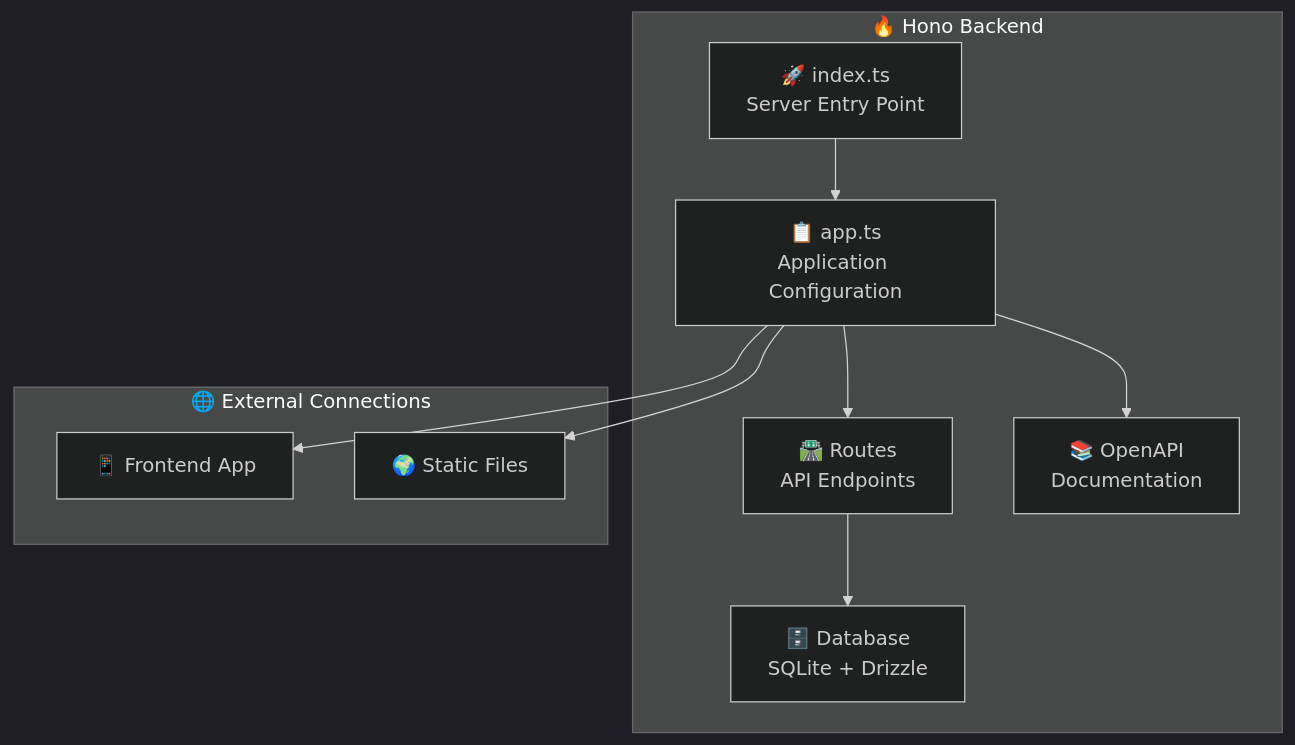
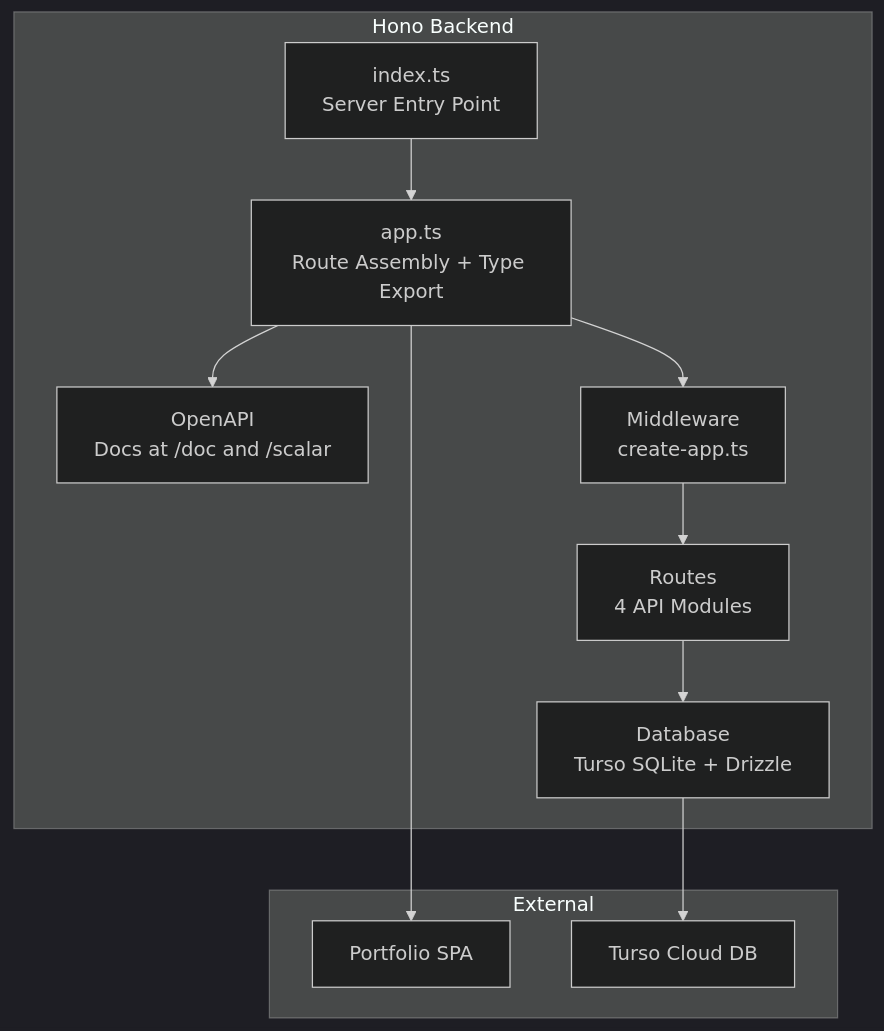
One commit to IsaiaScope/monorepoonfire changed the first of 3 diagrams in doc/backend-guide.md. Above: the diagram before and after it, drawn with Mermaid (dark theme). The commit also changed other lines of this file and 13 other files, not shown here.

````diff
--- a/doc/backend-guide.md
+++ b/doc/backend-guide.md
@@ -9,22 +9,24 @@
 ```mermaid
 graph TB
-    subgraph "🔥 Hono Backend"
-        A[🚀 index.ts<br/>Server Entry Point]
-        B[📋 app.ts<br/>Application Configuration]
-        C[🛣️ Routes<br/>API Endpoints]
-        D[🗄️ Database<br/>SQLite + Drizzle]
-        E[📚 OpenAPI<br/>Documentation]
+    subgraph "Hono Backend"
+        A[index.ts<br/>Server Entry Point]
+        B[app.ts<br/>Route Assembly + Type Export]
+        C[Routes<br/>4 API Modules]
+        D[Database<br/>Turso SQLite + Drizzle]
+        E[OpenAPI<br/>Docs at /doc and /scalar]
+        MW[Middleware<br/>create-app.ts]
     end
 
-    subgraph "🌐 External Connections"
-        F[📱 Frontend App]
-        G[🌍 Static Files]
+    subgraph "External"
+        F[Portfolio SPA]
+        G[Turso Cloud DB]
     end
 
     A --> B
-    B --> C
+    B --> MW
+    MW --> C
     B --> E
     C --> D
+    D --> G
     B --> F
-    B --> G
 ```
````
